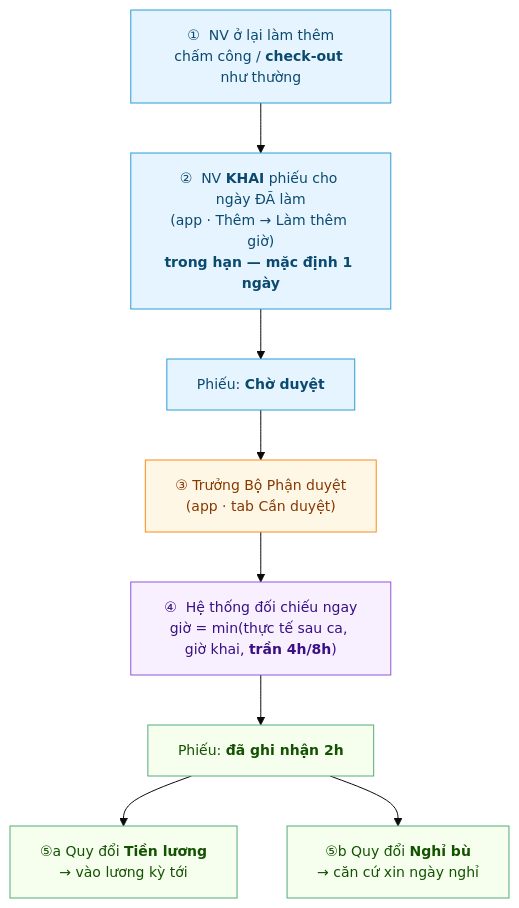
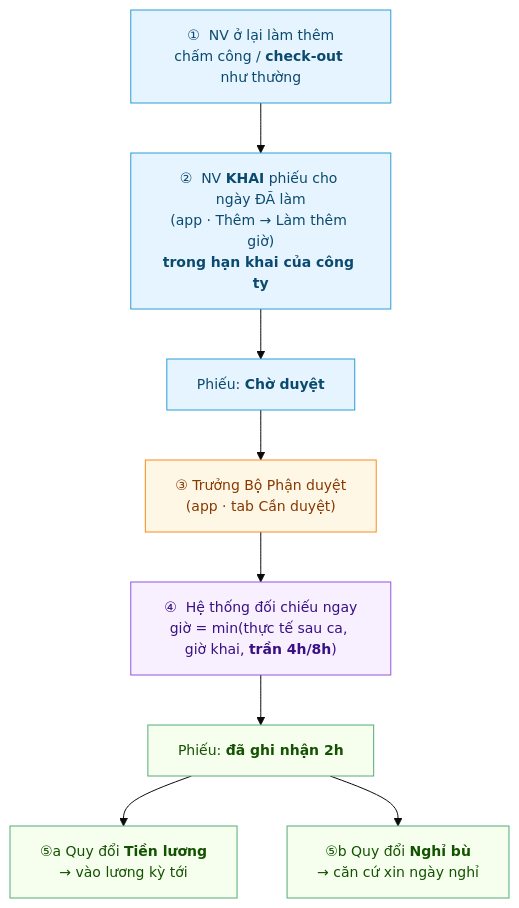
The diagram in users/Hanh-Trinh-OT.md (CobeGroup/cobe_erp_documents), drawn with Mermaid before and after one commit. The commit also changed other lines of this file and 12 other files, not shown here.

````diff
--- a/users/Hanh-Trinh-OT.md
+++ b/users/Hanh-Trinh-OT.md
@@ -32,19 +32,19 @@
 ```mermaid
 %%{init:{'theme':'base','themeVariables':{'fontSize':'14px'}}}%%
 flowchart TB
   classDef nv fill:#e6f4ff,stroke:#299dd8,color:#0b4a6f;
   classDef mg fill:#fff7e6,stroke:#fa8c16,color:#873800;
   classDef sys fill:#f9f0ff,stroke:#9254de,color:#391085;
   classDef ok fill:#f6ffed,stroke:#54ab78,color:#135200;
   A["①  NV ở lại làm thêm<br/>chấm công / <b>check-out</b> như thường"]:::nv
-  B["②  NV <b>KHAI</b> phiếu cho ngày ĐÃ làm<br/>(app · Thêm → Làm thêm giờ)<br/><b>trong hạn — mặc định 1 ngày</b>"]:::nv
+  B["②  NV <b>KHAI</b> phiếu cho ngày ĐÃ làm<br/>(app · Thêm → Làm thêm giờ)<br/><b>trong hạn khai của công ty</b>"]:::nv
   C["Phiếu: <b>Chờ duyệt</b>"]:::nv
   D["③  Trưởng Bộ Phận duyệt<br/>(app · tab Cần duyệt)"]:::mg
   E["④  Hệ thống đối chiếu ngay<br/>giờ = min(thực tế sau ca, giờ khai, <b>trần 4h/8h</b>)"]:::sys
   F["Phiếu: <b>đã ghi nhận 2h</b>"]:::ok
   G["⑤a  Quy đổi <b>Tiền lương</b><br/>→ vào lương kỳ tới"]:::ok
   H["⑤b  Quy đổi <b>Nghỉ bù</b><br/>→ căn cứ xin ngày nghỉ"]:::ok
   A --> B --> C --> D --> E --> F
   F --> G
   F --> H
 ```
````
